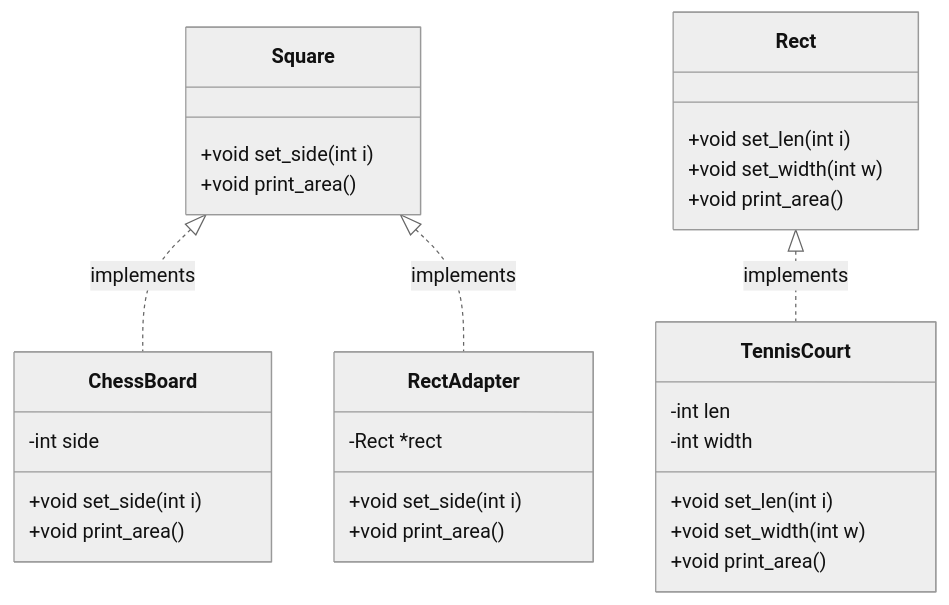
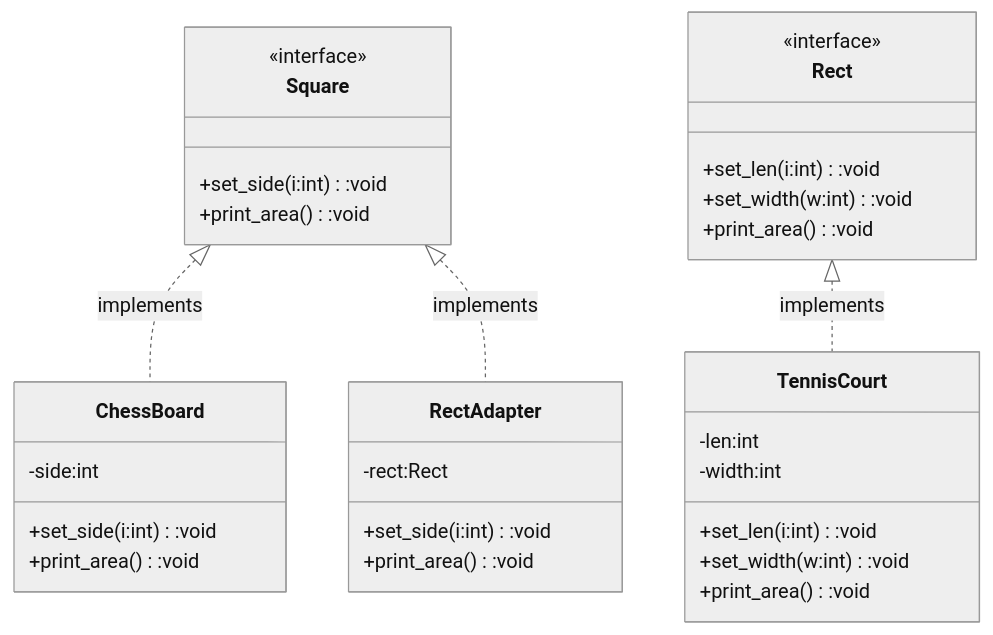
Before and after one commit to aperlini/Design-Patterns: the diagram in Structural/Adapter/README.md, drawn with Mermaid (neutral theme). The commit also changed 6 other files, not shown here.

Commit message:
structural UML snippets

````diff
--- a/Structural/Adapter/README.md
+++ b/Structural/Adapter/README.md
@@ -5,33 +5,35 @@
 ```mermaid
 classDiagram
       Square <|.. ChessBoard:implements
       Rect <|.. TennisCourt:implements
       Square <|.. RectAdapter:implements
 
       class Square {
-          +void set_side(int i)
-          +void print_area()
+      	  <<interface>>
+          +set_side(i:int):void
+          +print_area():void
       }
       class Rect {
-          +void set_len(int i)
-          +void set_width(int w)
-          +void print_area()
+      	  <<interface>>
+          +set_len(i:int):void
+          +set_width(w:int):void
+          +print_area():void
       }
       class ChessBoard {
-          +void set_side(int i)
-          +void print_area()
-          -int side
+          +set_side(i:int):void
+          +print_area():void
+          -side:int
       }
       class TennisCourt {
-          +void set_len(int i)
-          +void set_width(int w)
-          +void print_area()
-          -int len
-          -int width
+          +set_len(i:int):void
+          +set_width(w:int):void
+          +print_area():void
+          -len:int
+          -width:int
       }
       class RectAdapter {
-          +void set_side(int i)
-          +void print_area()
-          -Rect *rect
+          +set_side(i:int):void
+          +print_area():void
+          -rect:Rect
       }
 ```
````
